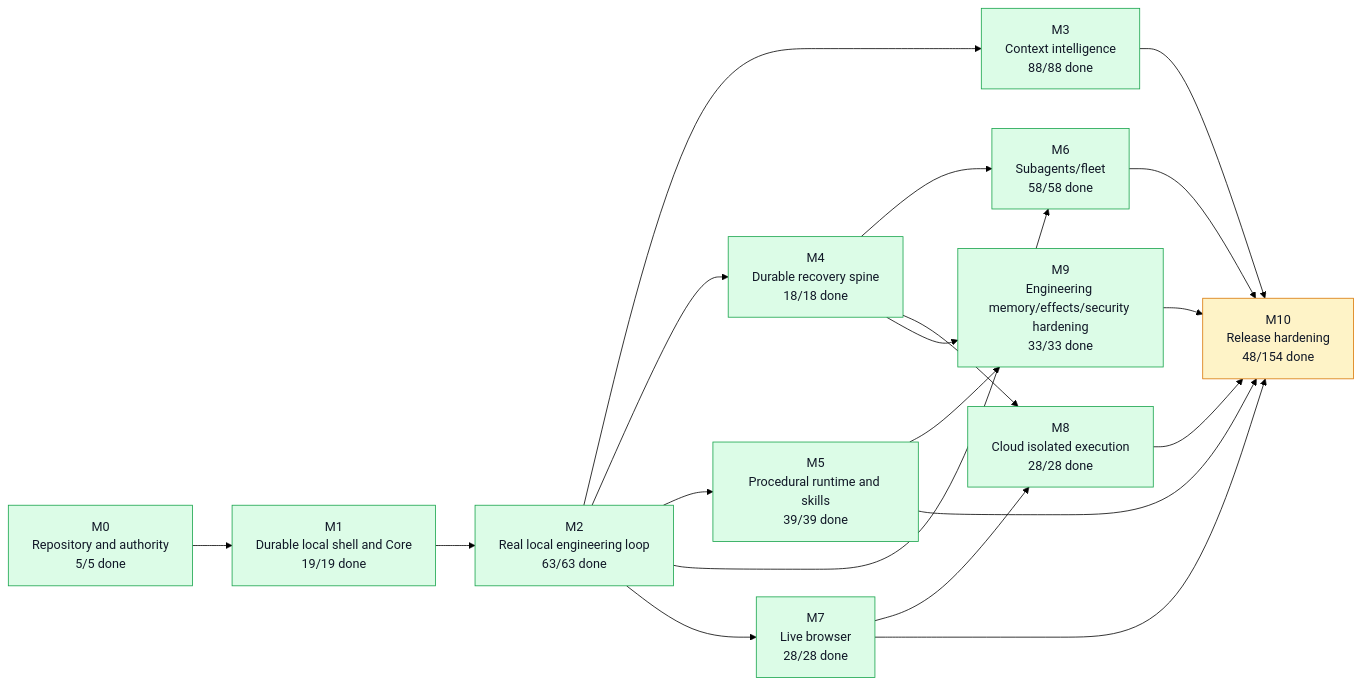
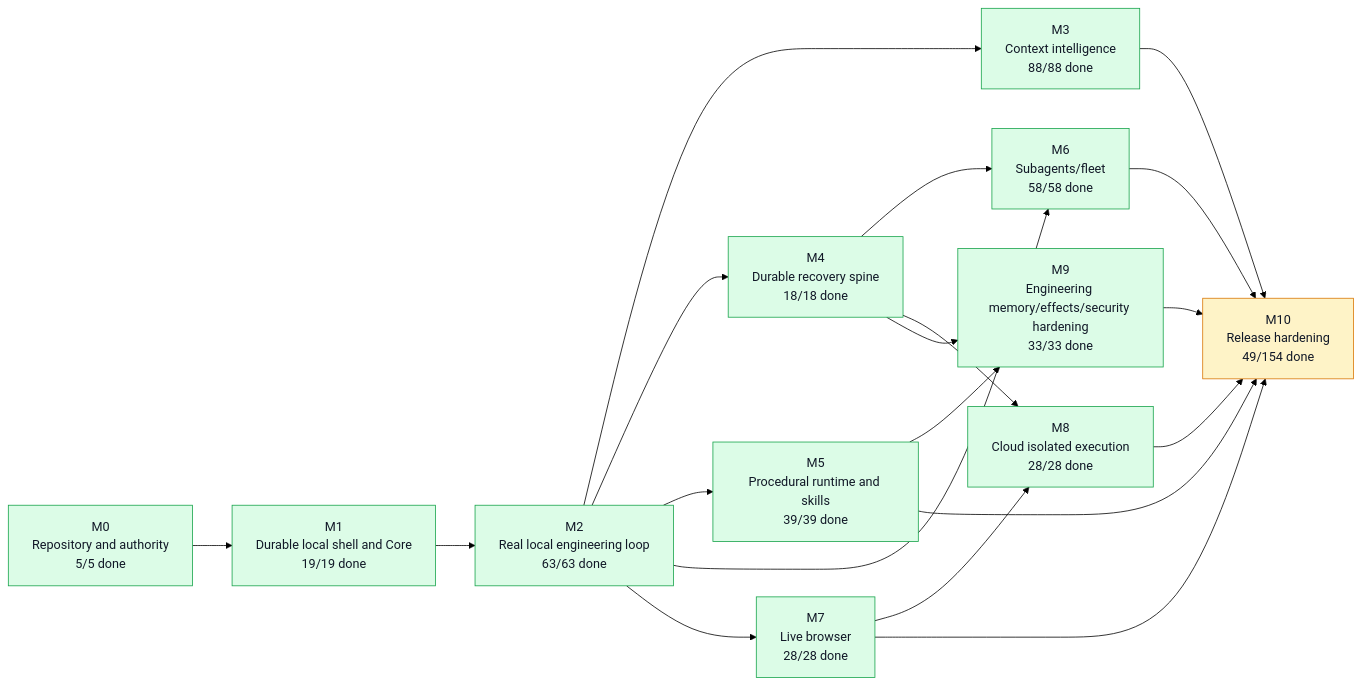
One commit to moss101/modbit changed the first of 5 diagrams in graph/PROJECT_GRAPH.md. Above: the diagram before and after it, drawn with Mermaid (forest theme). The commit also changed other lines of this file and 5 other files, not shown here.

````diff
--- a/graph/PROJECT_GRAPH.md
+++ b/graph/PROJECT_GRAPH.md
@@ -57,43 +57,43 @@
 ```mermaid
 flowchart LR
   M0["M0<br/>Repository and authority<br/>5/5 done"]
   M1["M1<br/>Durable local shell and Core<br/>19/19 done"]
   M2["M2<br/>Real local engineering loop<br/>63/63 done"]
   M3["M3<br/>Context intelligence<br/>88/88 done"]
   M4["M4<br/>Durable recovery spine<br/>18/18 done"]
   M5["M5<br/>Procedural runtime and skills<br/>39/39 done"]
   M6["M6<br/>Subagents/fleet<br/>58/58 done"]
   M7["M7<br/>Live browser<br/>28/28 done"]
   M8["M8<br/>Cloud isolated execution<br/>28/28 done"]
   M9["M9<br/>Engineering memory/effects/security hardening<br/>33/33 done"]
-  M10["M10<br/>Release hardening<br/>48/154 done"]
+  M10["M10<br/>Release hardening<br/>49/154 done"]
   M0 --> M1
   M1 --> M2
   M2 --> M3
   M2 --> M4
   M2 --> M5
   M2 --> M6
   M4 --> M6
   M2 --> M7
   M4 --> M8
   M7 --> M8
   M4 --> M9
   M5 --> M9
   M3 --> M10
   M5 --> M10
   M6 --> M10
   M7 --> M10
   M8 --> M10
   M9 --> M10
   style M0 fill:#dcfce7,stroke:#16a34a,color:#111827
   style M1 fill:#dcfce7,stroke:#16a34a,color:#111827
   style M2 fill:#dcfce7,stroke:#16a34a,color:#111827
   style M3 fill:#dcfce7,stroke:#16a34a,color:#111827
   style M4 fill:#dcfce7,stroke:#16a34a,color:#111827
   style M5 fill:#dcfce7,stroke:#16a34a,color:#111827
   style M6 fill:#dcfce7,stroke:#16a34a,color:#111827
   style M7 fill:#dcfce7,stroke:#16a34a,color:#111827
   style M8 fill:#dcfce7,stroke:#16a34a,color:#111827
   style M9 fill:#dcfce7,stroke:#16a34a,color:#111827
   style M10 fill:#fef3c7,stroke:#d97706,color:#111827
 ```
````
